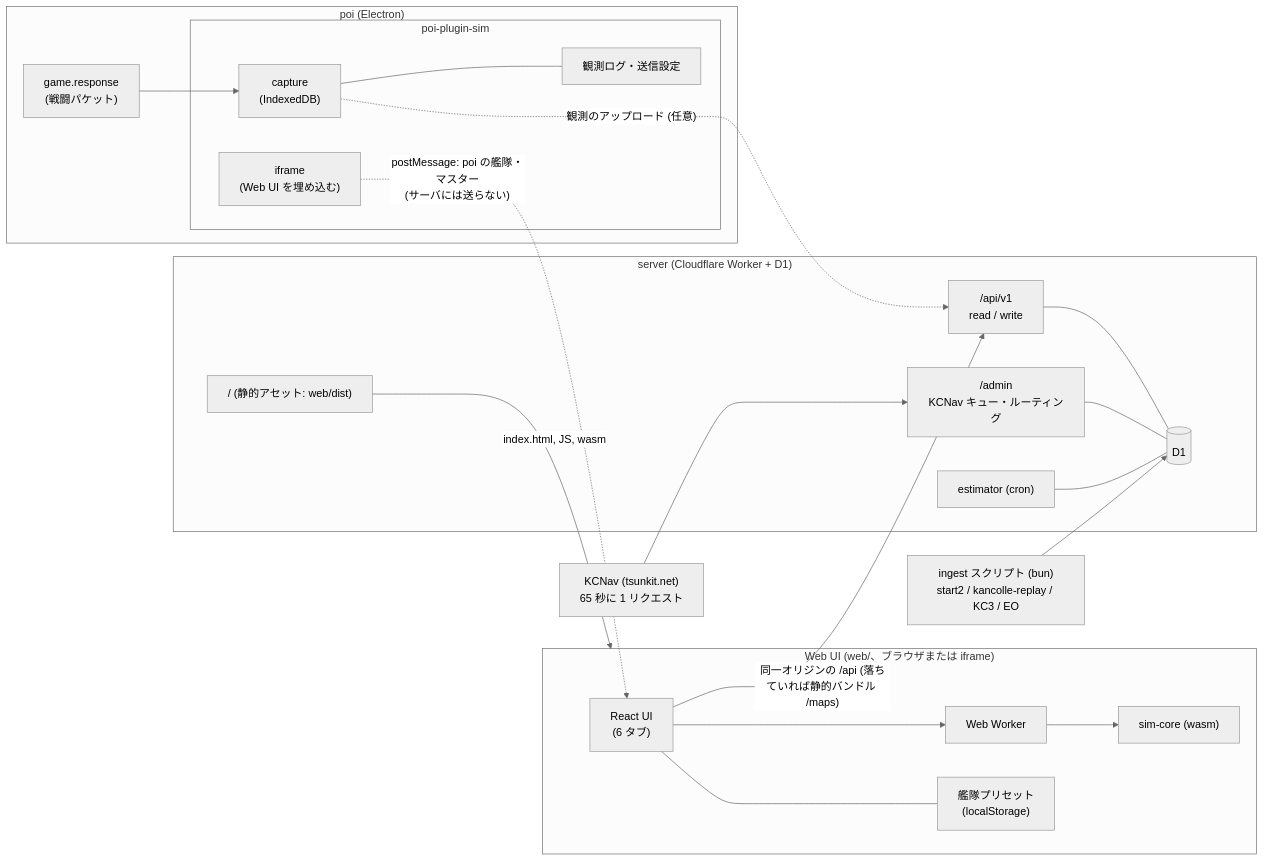
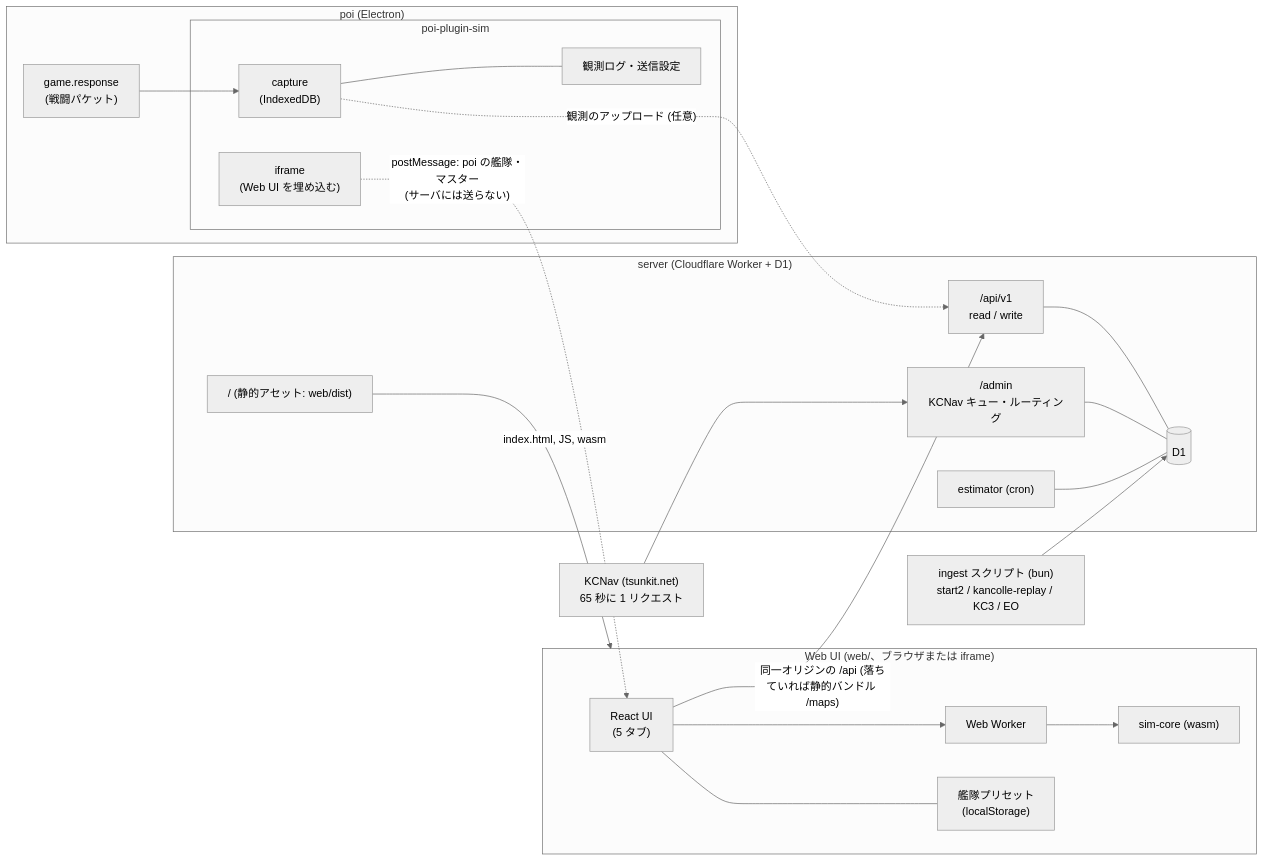
Before and after one commit to gitdmnt/kc-sim: the diagram in README.md, drawn with Mermaid (neutral theme). The commit also changed other lines of this file and 32 other files, not shown here.

````diff
--- a/README.md
+++ b/README.md
@@ -25,37 +26,37 @@
 ```mermaid
 flowchart LR
   subgraph poi["poi (Electron)"]
     GR["game.response<br/>(戦闘パケット)"]
     subgraph plugin["poi-plugin-sim"]
       CAP["capture<br/>(IndexedDB)"]
       LOG["観測ログ・送信設定"]
       FRAME["iframe<br/>(Web UI を埋め込む)"]
     end
     GR --> CAP
     CAP --- LOG
   end
   subgraph browser["Web UI (web/、ブラウザまたは iframe)"]
-    UI["React UI<br/>(6 タブ)"]
+    UI["React UI<br/>(5 タブ)"]
     WK["Web Worker"]
     WASM["sim-core (wasm)"]
     PRE["艦隊プリセット<br/>(localStorage)"]
     UI --> WK --> WASM
     UI --- PRE
   end
   FRAME -.->|"postMessage: poi の艦隊・マスター<br/>(サーバには送らない)"| UI
   subgraph dw["server (Cloudflare Worker + D1)"]
     ASSETS["/ (静的アセット: web/dist)"]
     API["/api/v1<br/>read / write"]
     ADM["/admin<br/>KCNav キュー・ルーティング"]
     EST["estimator (cron)"]
     D1[("D1")]
     API --- D1
     ADM --- D1
     EST --- D1
   end
   ASSETS -->|"index.html, JS, wasm"| browser
   UI -->|"同一オリジンの /api (落ちていれば静的バンドル /maps)"| API
   CAP -.->|"観測のアップロード (任意)"| API
   ING["ingest スクリプト (bun)<br/>start2 / kancolle-replay / KC3 / EO"] --> D1
   KC["KCNav (tsunkit.net)<br/>65 秒に 1 リクエスト"] --> ADM
 ```
````
